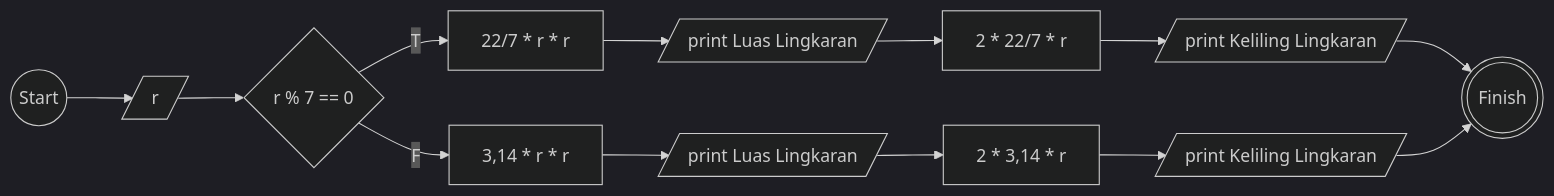
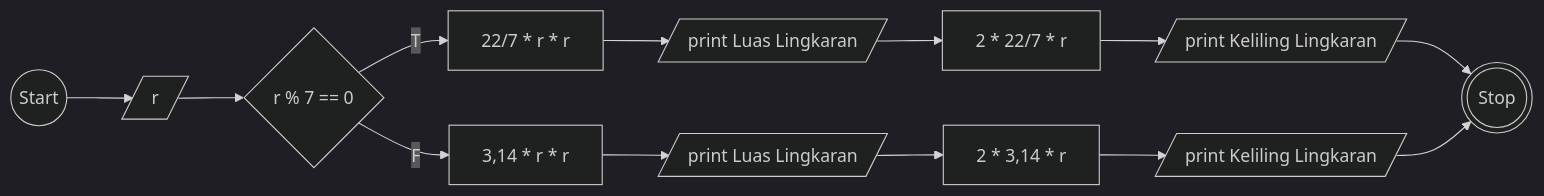
Before and after one commit to aldi-ardyansah/koda-b10-algoritma: the second of 3 diagrams in README.md, drawn with Mermaid (dark theme). The commit also changed other lines of this file, not shown here.

````diff
--- a/README.md
+++ b/README.md
@@ -44,11 +44,11 @@
 ```mermaid
 flowchart LR
     A((Start)) --> B[/r/]
     B --> C{r % 7 == 0}
     C --T--> D[22/7 * r * r] --> F[/print Luas Lingkaran/]
     C --F--> E[3,14 * r * r] --> G[/print Luas Lingkaran/]
     F[/print Luas Lingkaran/] --> H[2 * 22/7 * r]
     G[/print Luas Lingkaran/] --> I[2 * 3,14 * r]
-    H --> J[/print Keliling Lingkaran/] --> L(((Finish)))
-    I --> K[/print Keliling Lingkaran/] --> L(((Finish)))
+    H --> J[/print Keliling Lingkaran/] --> L(((Stop)))
+    I --> K[/print Keliling Lingkaran/] --> L(((Stop)))
 ```
````
